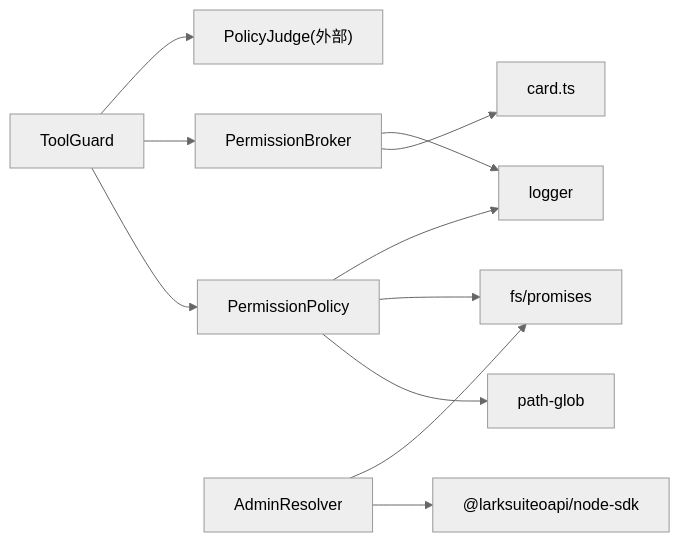
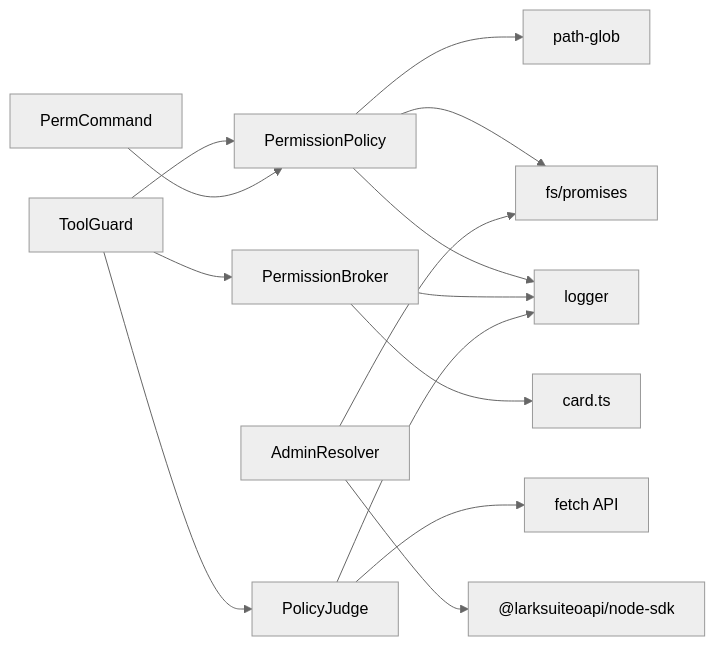
The sixth of 6 diagrams in .qoder/repowiki/zh/content/权限控制系统/权限控制系统.md (HeXiaoShu520/feishu-pi), drawn with Mermaid (neutral theme) before and after one commit. The commit also changed other lines of this file and 47 other files, not shown here.

````diff
--- a/.qoder/repowiki/zh/content/权限控制系统/权限控制系统.md
+++ b/.qoder/repowiki/zh/content/权限控制系统/权限控制系统.md
@@ -291,13 +345,16 @@
 ```mermaid
 graph LR
 PP["PermissionPolicy"] --> PG["path-glob"]
 PP --> FS["fs/promises"]
 PP --> LG["logger"]
 PB["PermissionBroker"] --> CB["card.ts"]
 PB --> LG
 TG["ToolGuard"] --> PP
 TG --> PB
-TG --> PJ["PolicyJudge(外部)"]
+TG --> PJ["PolicyJudge"]
+PJ --> FETCH["fetch API"]
+PJ --> LG
 AR["AdminResolver"] --> SDK["@larksuiteoapi/node-sdk"]
 AR --> FS
+CMD["PermCommand"] --> PP
 ```
````
